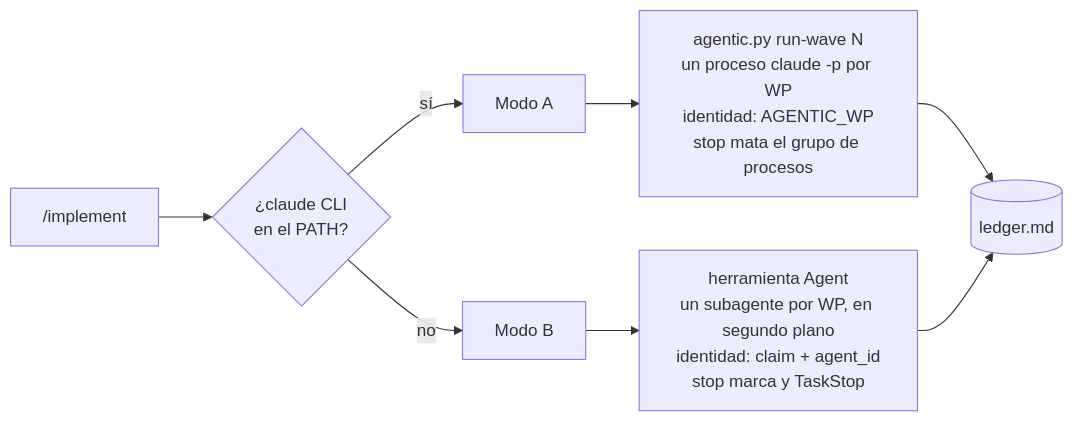
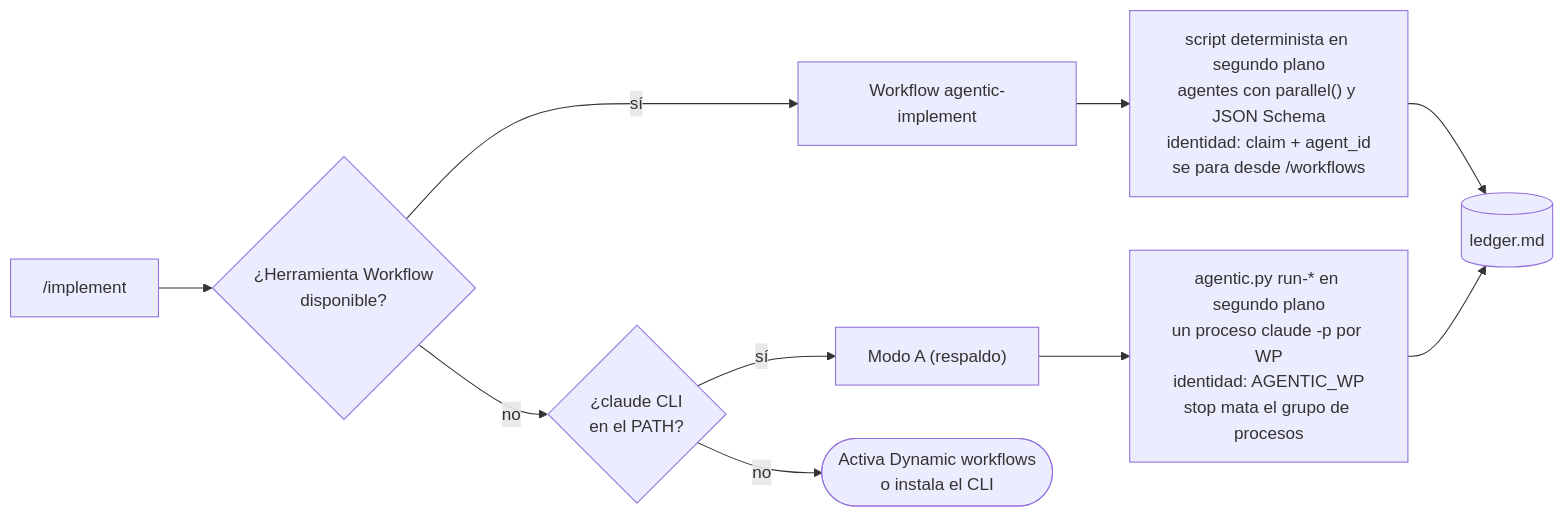
The fifth of 5 diagrams in docs/how-it-works.md (jagosar/agentic-flow), drawn with Mermaid before and after one commit. The commit also changed other lines of this file and 19 other files, not shown here.

First line of the commit message:
Native workflow /implement; mode A kept as fallback; mode B removed

````diff
--- a/docs/how-it-works.md
+++ b/docs/how-it-works.md
@@ -181,10 +189,12 @@
 ```mermaid
 flowchart LR
-    O["/implement"] --> Q{"¿claude CLI<br/>en el PATH?"}
-    Q -->|sí| A["Modo A"]
-    Q -->|no| B["Modo B"]
-    A --> A1["agentic.py run-wave N<br/>un proceso claude -p por WP<br/>identidad: AGENTIC_WP<br/>stop mata el grupo de procesos"]
-    B --> B1["herramienta Agent<br/>un subagente por WP, en segundo plano<br/>identidad: claim + agent_id<br/>stop marca y TaskStop"]
-    A1 --> L[("ledger.md")]
-    B1 --> L
+    O["/implement"] --> Q{"¿Herramienta Workflow<br/>disponible?"}
+    Q -->|sí| W["Workflow agentic-implement"]
+    Q -->|no| C{"¿claude CLI<br/>en el PATH?"}
+    C -->|sí| A["Modo A (respaldo)"]
+    C -->|no| X(["Activa Dynamic workflows<br/>o instala el CLI"])
+    W --> W1["script determinista en segundo plano<br/>agentes con parallel() y JSON Schema<br/>identidad: claim + agent_id<br/>se para desde /workflows"]
+    A --> A1["agentic.py run-* en segundo plano<br/>un proceso claude -p por WP<br/>identidad: AGENTIC_WP<br/>stop mata el grupo de procesos"]
+    W1 --> L[("ledger.md")]
+    A1 --> L
 ```
````
